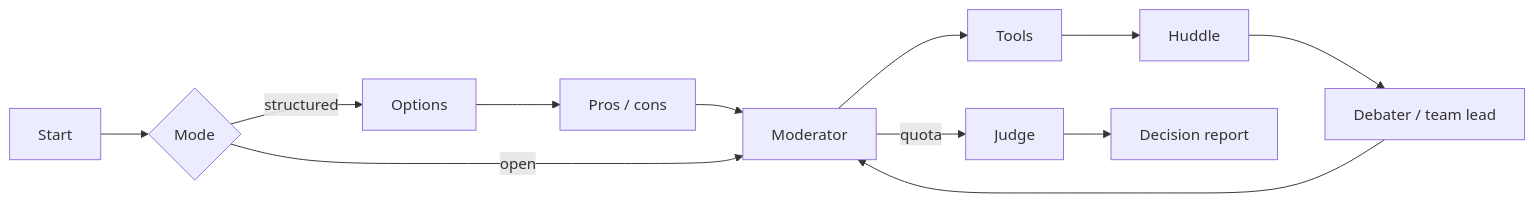
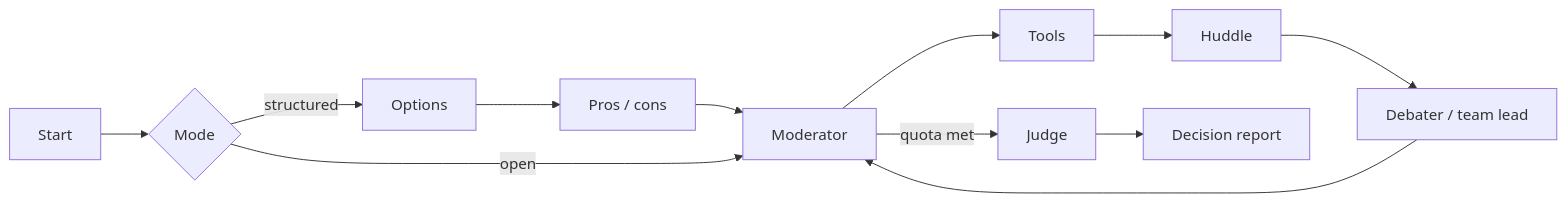
The diagram in README.md (pypi-ahmad/multi-agent-debate-decision-system), drawn with Mermaid before and after one commit. The commit also changed other lines of this file and 2 other files, not shown here.

````diff
--- a/README.md
+++ b/README.md
@@ -132,14 +163,14 @@
 ```mermaid
 flowchart LR
   Start[Start] --> Mode{Mode}
   Mode -->|structured| Opt[Options]
   Opt --> PC[Pros / cons]
   PC --> Mod[Moderator]
   Mode -->|open| Mod
   Mod --> Tools
   Tools --> Huddle
   Huddle --> Speak[Debater / team lead]
   Speak --> Mod
-  Mod -->|quota| Judge
+  Mod -->|quota met| Judge
   Judge --> Report[Decision report]
 ```
````
